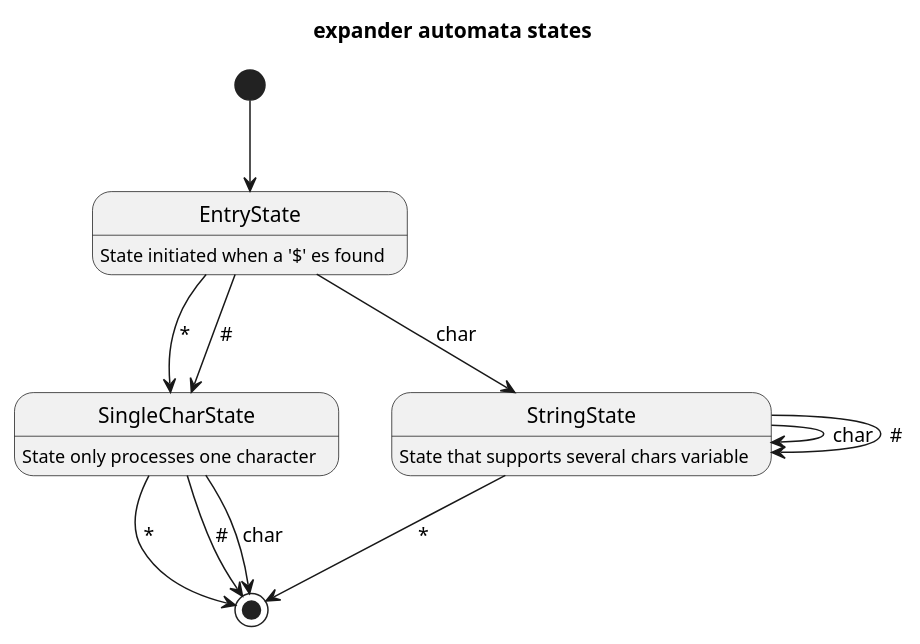
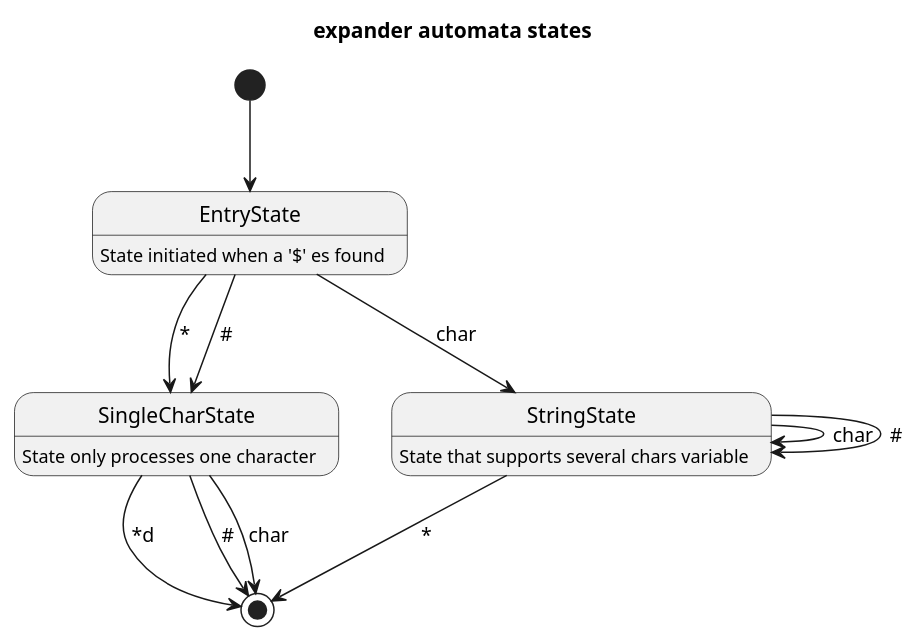
The first of 2 diagrams in uml/automata/env_variable_states.plantuml (CodinaFJ/minishell), drawn with PlantUML before and after one commit. The commit also changed other lines of this file and 13 other files, not shown here.

```diff
--- a/uml/automata/env_variable_states.plantuml
+++ b/uml/automata/env_variable_states.plantuml
@@ -1,22 +1,22 @@
 @startuml expander automata states
 title
     expander automata states
 end title
 
 [*] --> EntryState
 EntryState: State initiated when a '$' es found
 EntryState --> SingleCharState : *
 EntryState --> SingleCharState : #
 EntryState --> StringState : char
 
 StringState : State that supports several chars variable
 StringState --> StringState: char
 StringState --> StringState: #
 StringState --> [*]: *
 
 SingleCharState : State only processes one character
-SingleCharState --> [*]: *
+SingleCharState --> [*]: *d
 SingleCharState --> [*]: #
 SingleCharState --> [*]: char
 
 @endumld
```
